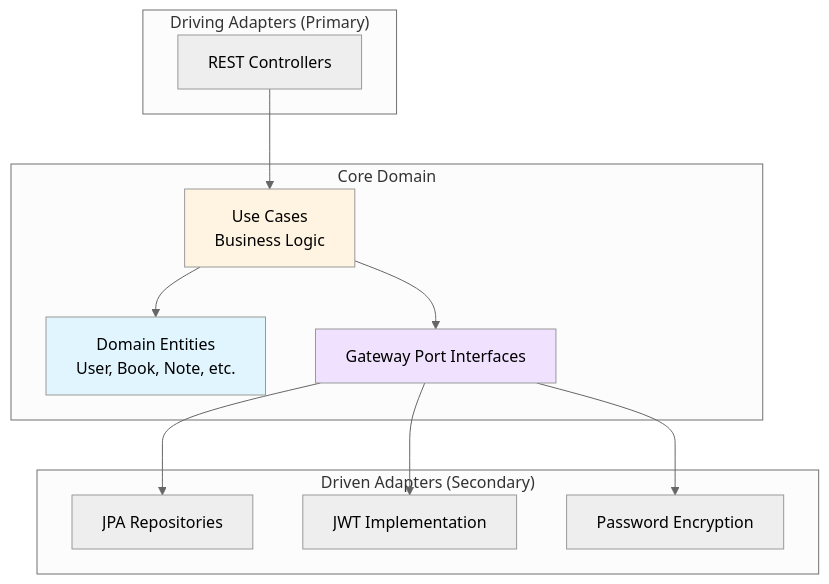
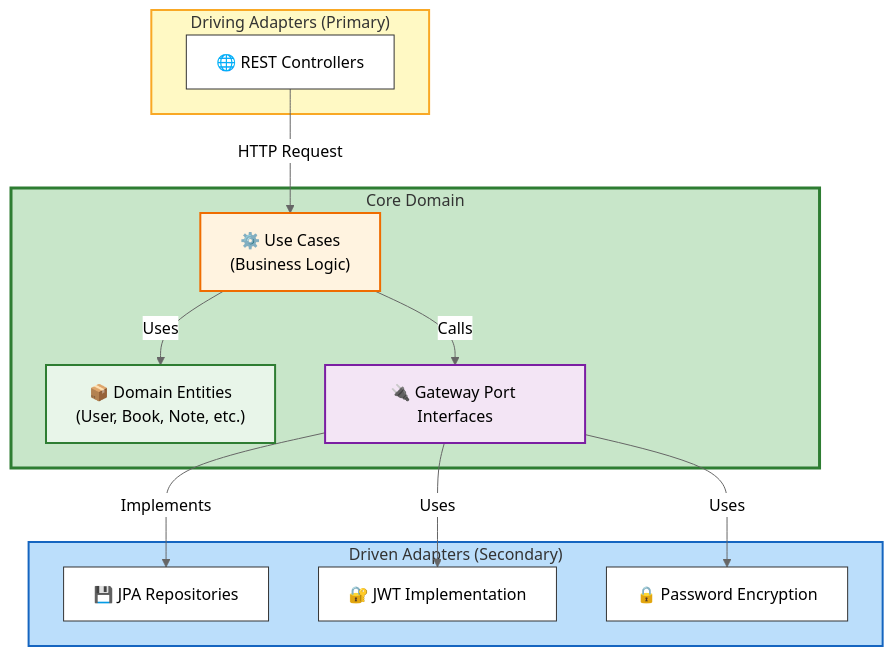
The diagram in README.md (felipemelozx/InkTrack-api), drawn with Mermaid (neutral theme) before and after one commit. The commit also changed other lines of this file, not shown here.

````diff
--- a/README.md
+++ b/README.md
@@ -234,29 +234,36 @@
 ```mermaid
 graph TB
-    subgraph "Driving Adapters (Primary)"
-        Controller[REST Controllers]
+    subgraph Driving["Driving Adapters (Primary)"]
+        Controller["🌐 REST Controllers"]
     end
 
-    subgraph "Core Domain"
-        Domain[Domain Entities<br/>User, Book, Note, etc.]
-        UseCases[Use Cases<br/>Business Logic]
-        GatewayPorts[Gateway Port Interfaces]
+    subgraph Core["Core Domain"]
+        Domain["📦 Domain Entities<br/>(User, Book, Note, etc.)"]
+        UseCases["⚙️ Use Cases<br/>(Business Logic)"]
+        GatewayPorts["🔌 Gateway Port Interfaces"]
     end
 
-    subgraph "Driven Adapters (Secondary)"
-        Repos[JPA Repositories]
-        JWT[JWT Implementation]
-        Password[Password Encryption]
+    subgraph Driven["Driven Adapters (Secondary)"]
+        Repos["💾 JPA Repositories"]
+        JWT["🔐 JWT Implementation"]
+        Password["🔒 Password Encryption"]
     end
 
-    Controller --> UseCases
-    UseCases --> Domain
-    UseCases --> GatewayPorts
-    GatewayPorts --> Repos
-    GatewayPorts --> JWT
-    GatewayPorts --> Password
+    Controller -->|HTTP Request| UseCases
+    UseCases -->|Uses| Domain
+    UseCases -->|Calls| GatewayPorts
+    GatewayPorts -->|Implements| Repos
+    GatewayPorts -->|Uses| JWT
+    GatewayPorts -->|Uses| Password
 
-    style Domain fill:#e1f5ff
-    style UseCases fill:#fff4e1
-    style GatewayPorts fill:#f0e1ff
+    style Core fill:#c8e6c9,stroke:#2e7d32,stroke-width:3px
+    style Driving fill:#fff9c4,stroke:#f9a825,stroke-width:2px
+    style Driven fill:#bbdefb,stroke:#1565c0,stroke-width:2px
+    style Domain fill:#e8f5e9,stroke:#2e7d32,stroke-width:2px
+    style UseCases fill:#fff3e0,stroke:#ef6c00,stroke-width:2px
+    style GatewayPorts fill:#f3e5f5,stroke:#7b1fa2,stroke-width:2px
+    style Controller fill:#ffffff,stroke:#333,stroke-width:1px
+    style Repos fill:#ffffff,stroke:#333,stroke-width:1px
+    style JWT fill:#ffffff,stroke:#333,stroke-width:1px
+    style Password fill:#ffffff,stroke:#333,stroke-width:1px
 ```
````
